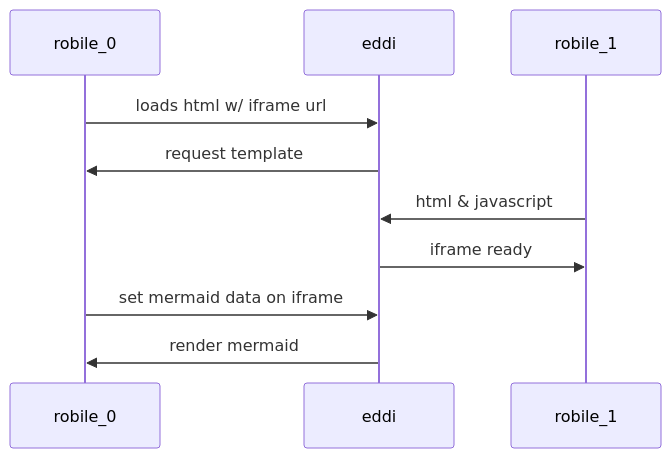
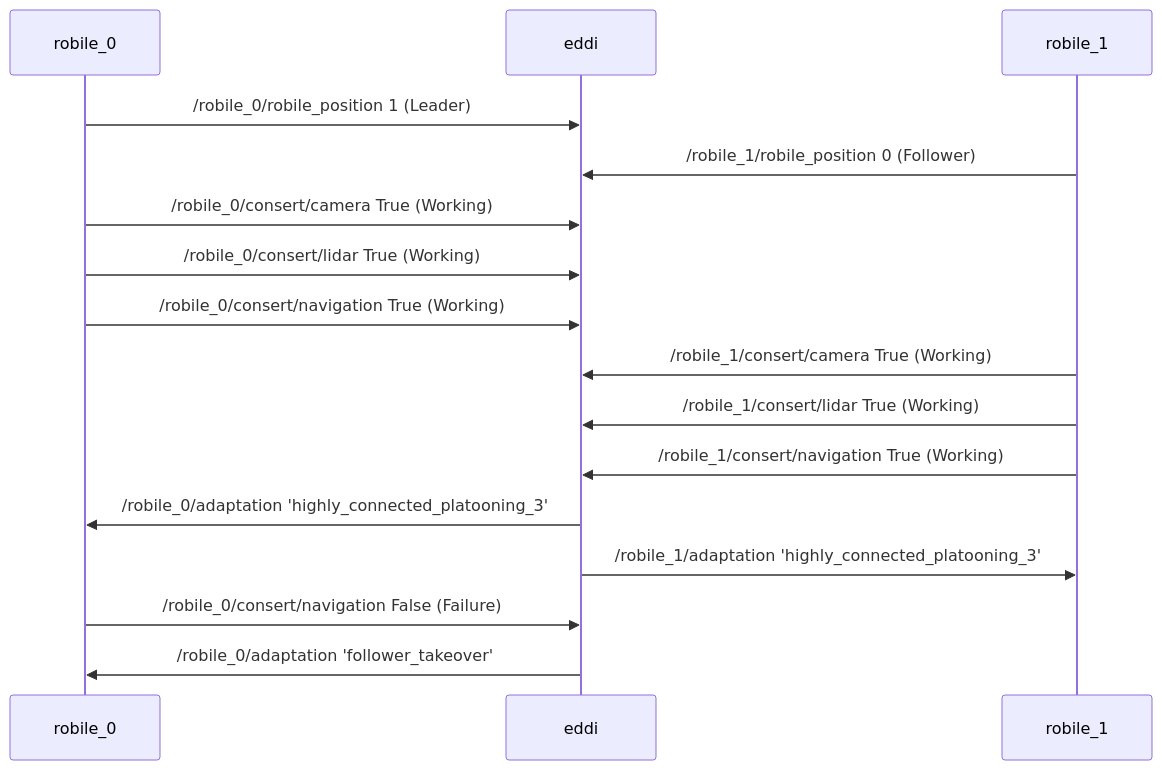
One commit to deebuls/multi_robile_navigation_experiments changed the diagram in README.md. Above: the diagram before and after it, drawn with Mermaid.

````diff
--- a/README.md
+++ b/README.md
@@ -5,12 +5,23 @@
 ```mermaid
 sequenceDiagram
     participant robile_0
     participant eddi
     participant robile_1
-    robile_0->>eddi: loads html w/ iframe url
-    eddi->>robile_0: request template
-    robile_1->>eddi: html & javascript
-    eddi->>robile_1: iframe ready
-    robile_0->>eddi: set mermaid data on iframe
-    eddi->>robile_0: render mermaid
+    robile_0->>eddi: /robile_0/robile_position 1 (Leader)
+    robile_1->>eddi: /robile_1/robile_position 0 (Follower)
+
+    robile_0->>eddi: /robile_0/consert/camera True (Working)
+    robile_0->>eddi: /robile_0/consert/lidar True (Working)
+    robile_0->>eddi: /robile_0/consert/navigation True (Working)
+
+    robile_1->>eddi: /robile_1/consert/camera True (Working)
+    robile_1->>eddi: /robile_1/consert/lidar True (Working)
+    robile_1->>eddi: /robile_1/consert/navigation True (Working)
+    
+
+    eddi->>robile_0: /robile_0/adaptation 'highly_connected_platooning_3'
+    eddi->>robile_1: /robile_1/adaptation 'highly_connected_platooning_3'
+
+    robile_0->>eddi: /robile_0/consert/navigation False (Failure)
+    eddi->>robile_0: /robile_0/adaptation 'follower_takeover'
 ```
````
